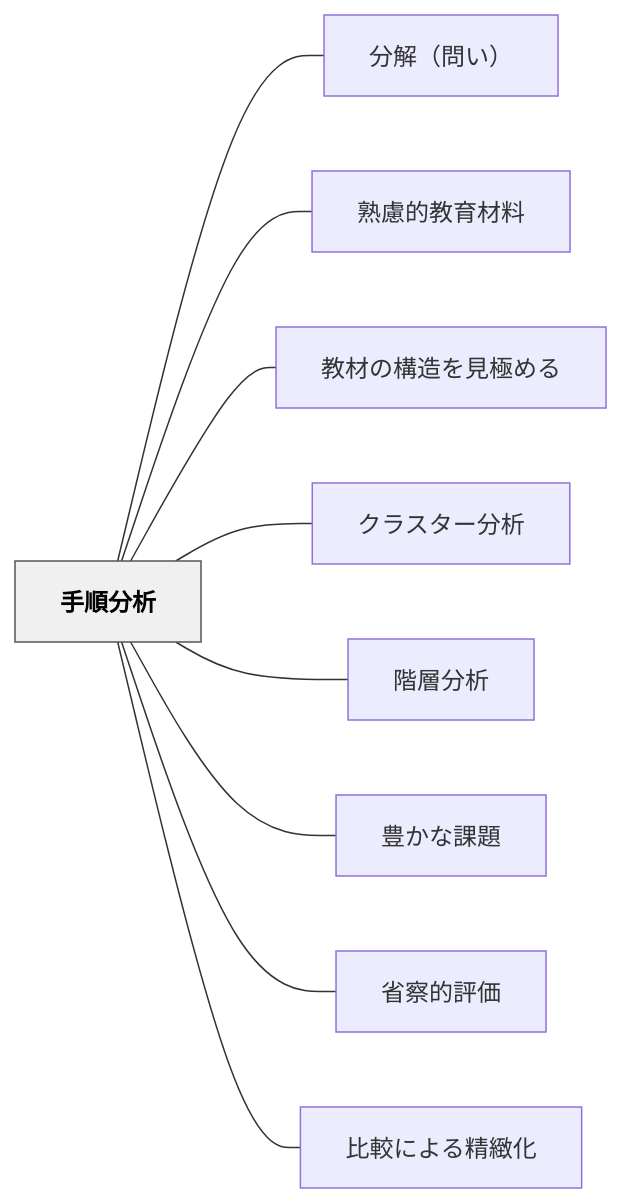
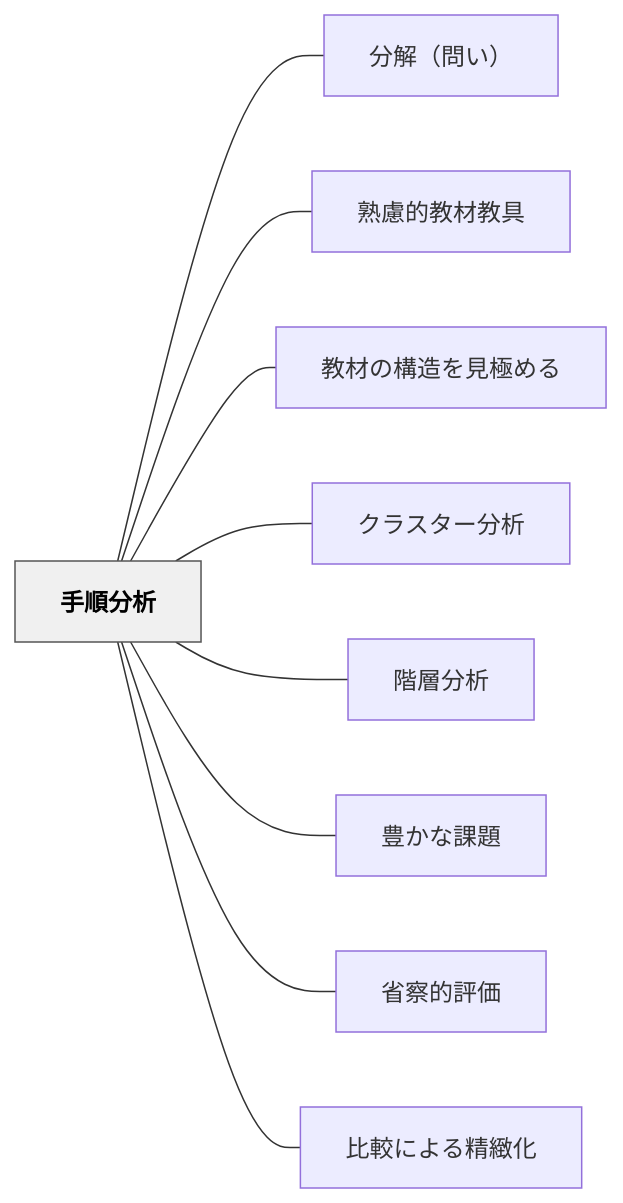
The diagram in content/パタン/手順分析.md (unknownthings-ed-patterns/unknownthings-ed-patterns), drawn with Mermaid before and after one commit. The commit also changed other lines of this file and 72 other files, not shown here.

````diff
--- a/content/パタン/手順分析.md
+++ b/content/パタン/手順分析.md
@@ -50,24 +50,24 @@
 ```mermaid
 flowchart LR
     ne6898be9a086e58886e69e90["手順分析"]
     ne58886e8a7a3efbc88e5958fe38184efbc89["分解（問い）"]
-    ne7869fe685aee79a84e69599e882b2e69d90e69699["熟慮的教育材料"]
+    ne7869fe685aee79a84e69599e69d90e69599e585b7["熟慮的教材教具"]
     ne69599e69d90e381aee6a78be980a0e38292e8a68be6a5b5e38281e3828b["教材の構造を見極める"]
     ne382afe383a9e382b9e382bfe383bce58886e69e90["クラスター分析"]
     ne99a8ee5b1a4e58886e69e90["階層分析"]
     ne8b18ae3818be381aae8aab2e9a18c["豊かな課題"]
     ne79c81e5af9fe79a84e8a995e4bea1["省察的評価"]
     ne6af94e8bc83e381abe38288e3828be7b2bee7b7bbe58c96["比較による精緻化"]
 
     ne6898be9a086e58886e69e90 --- ne58886e8a7a3efbc88e5958fe38184efbc89
-    ne6898be9a086e58886e69e90 --- ne7869fe685aee79a84e69599e882b2e69d90e69699
+    ne6898be9a086e58886e69e90 --- ne7869fe685aee79a84e69599e69d90e69599e585b7
     ne6898be9a086e58886e69e90 --- ne69599e69d90e381aee6a78be980a0e38292e8a68be6a5b5e38281e3828b
     ne6898be9a086e58886e69e90 --- ne382afe383a9e382b9e382bfe383bce58886e69e90
     ne6898be9a086e58886e69e90 --- ne99a8ee5b1a4e58886e69e90
     ne6898be9a086e58886e69e90 --- ne8b18ae3818be381aae8aab2e9a18c
     ne6898be9a086e58886e69e90 --- ne79c81e5af9fe79a84e8a995e4bea1
     ne6898be9a086e58886e69e90 --- ne6af94e8bc83e381abe38288e3828be7b2bee7b7bbe58c96
 
     classDef hub fill:#f0f0f0,stroke:#555,color:#000,font-weight:bold
     class ne6898be9a086e58886e69e90 hub
 ```
````
